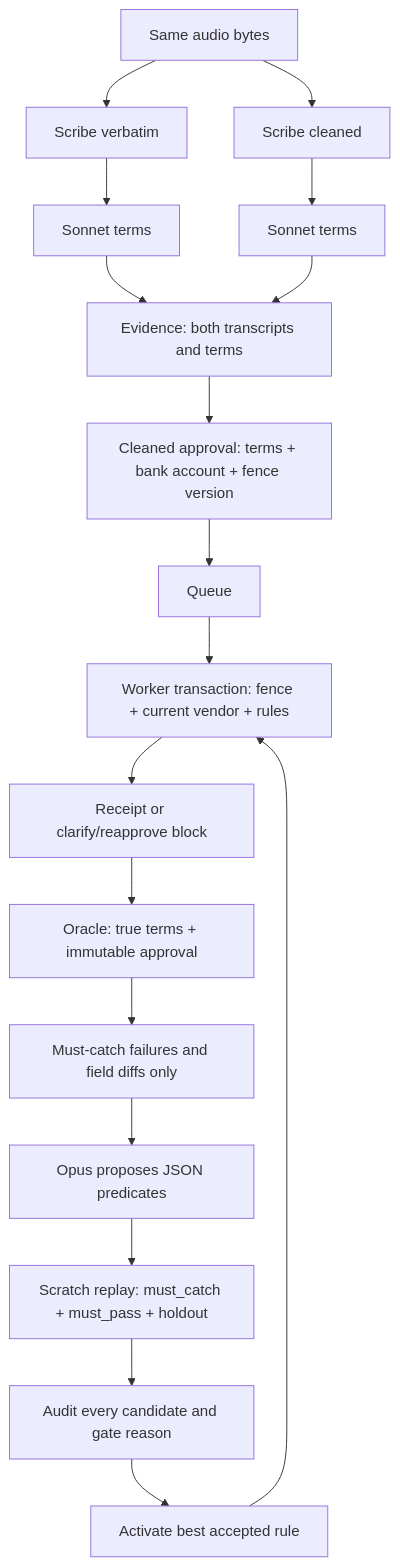
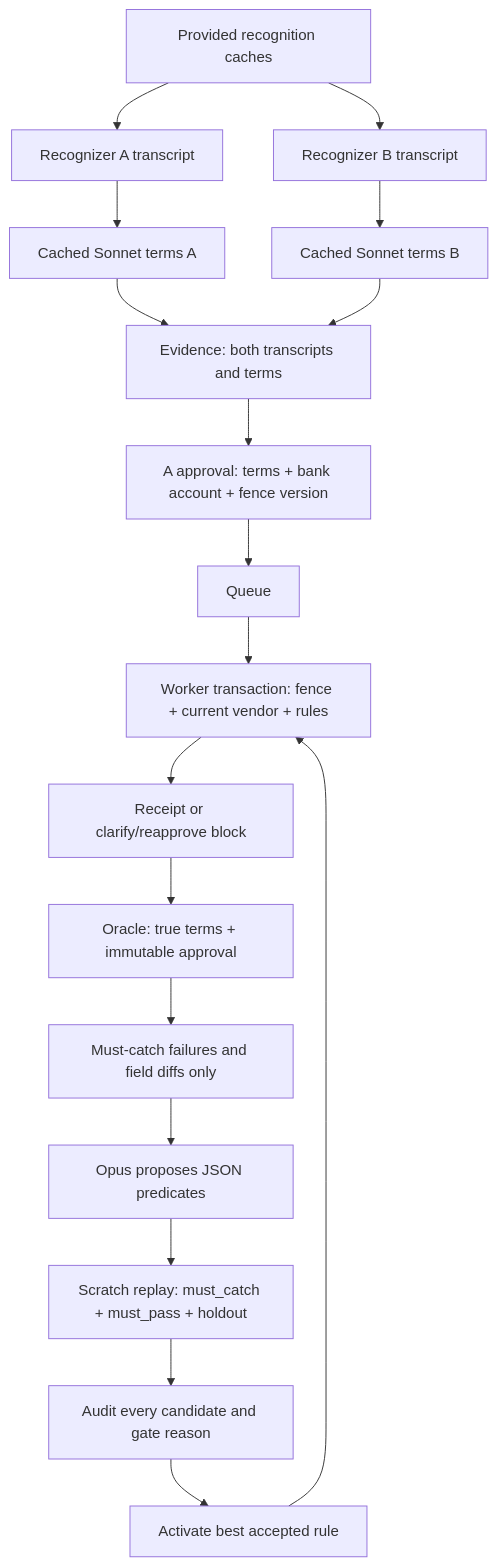
One commit to chrislazar25/tellr changed the diagram in README.md. Above: the diagram before and after it, drawn with Mermaid. The commit also changed other lines of this file, not shown here.

````diff
--- a/README.md
+++ b/README.md
@@ -32,20 +100,20 @@
 ```mermaid
 flowchart TD
-    A[Same audio bytes] --> V[Scribe verbatim]
-    A --> C[Scribe cleaned]
-    V --> EV[Sonnet terms]
-    C --> EC[Sonnet terms]
+    A[Provided recognition caches] --> V[Recognizer A transcript]
+    A --> C[Recognizer B transcript]
+    V --> EV[Cached Sonnet terms A]
+    C --> EC[Cached Sonnet terms B]
     EV --> E[Evidence: both transcripts and terms]
     EC --> E
-    E --> I[Cleaned approval: terms + bank account + fence version]
+    E --> I[A approval: terms + bank account + fence version]
     I --> Q[Queue]
     Q --> W[Worker transaction: fence + current vendor + rules]
     W --> P[Receipt or clarify/reapprove block]
     P --> O[Oracle: true terms + immutable approval]
     O --> F[Must-catch failures and field diffs only]
     F --> M[Opus proposes JSON predicates]
     M --> G[Scratch replay: must_catch + must_pass + holdout]
     G --> D[Audit every candidate and gate reason]
     D --> R[Activate best accepted rule]
     R --> W
 ```
````
